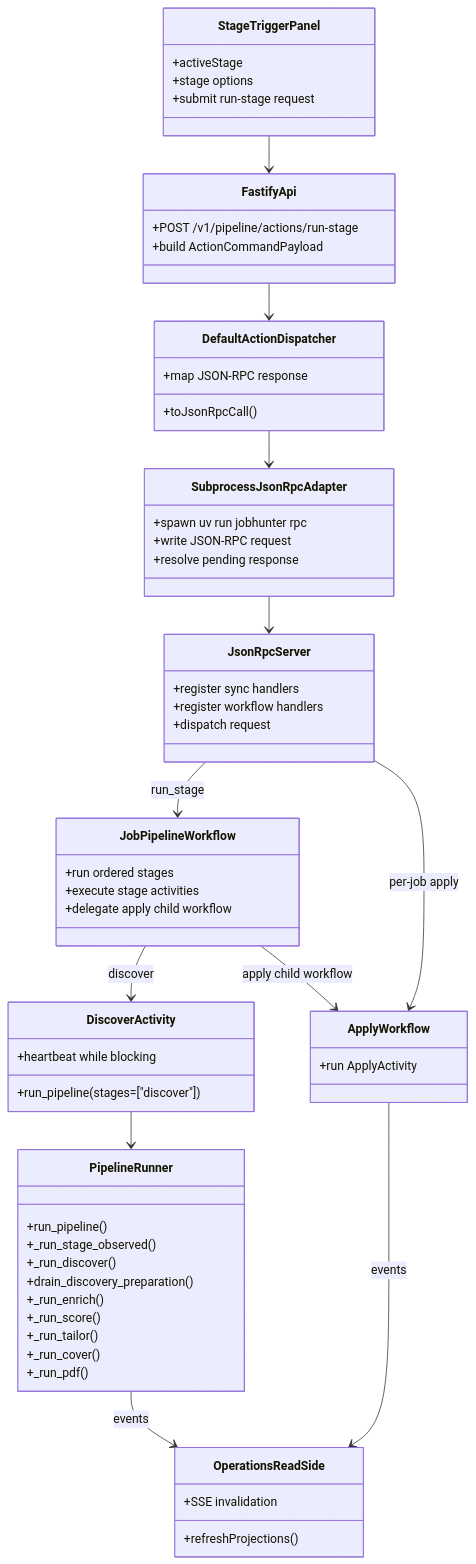
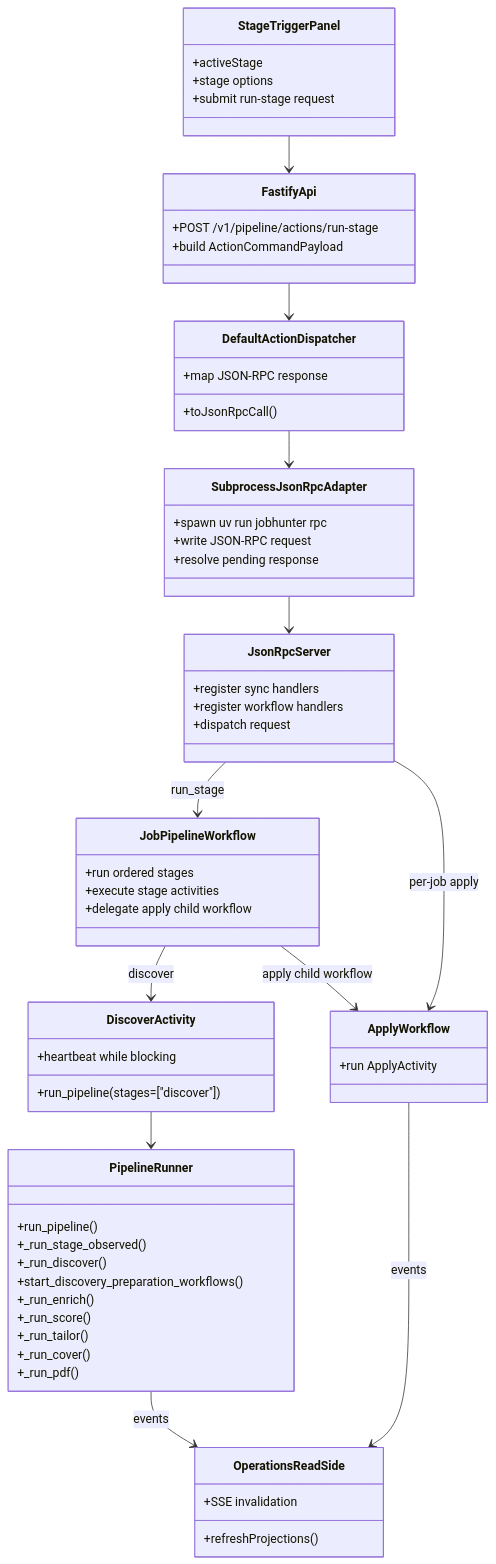
One commit to ebarti/JobCtrl changed the second of 16 diagrams in docs/job-pipeline-architecture.md. Above: the diagram before and after it, drawn with Mermaid. The commit also changed other lines of this file and 22 other files, not shown here.

Commit message:
feat(worker): replace preparation queue with per-job workflows

````diff
--- a/docs/job-pipeline-architecture.md
+++ b/docs/job-pipeline-architecture.md
@@ -133,65 +134,65 @@
 ```mermaid
 classDiagram
     class StageTriggerPanel {
       +activeStage
       +stage options
       +submit run-stage request
     }
     class FastifyApi {
       +POST /v1/pipeline/actions/run-stage
       +build ActionCommandPayload
     }
     class DefaultActionDispatcher {
       +toJsonRpcCall()
       +map JSON-RPC response
     }
     class SubprocessJsonRpcAdapter {
       +spawn uv run jobhunter rpc
       +write JSON-RPC request
       +resolve pending response
     }
     class JsonRpcServer {
       +register sync handlers
       +register workflow handlers
       +dispatch request
     }
     class JobPipelineWorkflow {
       +run ordered stages
       +execute stage activities
       +delegate apply child workflow
     }
     class DiscoverActivity {
       +run_pipeline(stages=["discover"])
       +heartbeat while blocking
     }
     class PipelineRunner {
       +run_pipeline()
       +_run_stage_observed()
       +_run_discover()
-      +drain_discovery_preparation()
+      +start_discovery_preparation_workflows()
       +_run_enrich()
       +_run_score()
       +_run_tailor()
       +_run_cover()
       +_run_pdf()
     }
     class ApplyWorkflow {
       +run ApplyActivity
     }
     class OperationsReadSide {
       +refreshProjections()
       +SSE invalidation
     }
 
     StageTriggerPanel --> FastifyApi
     FastifyApi --> DefaultActionDispatcher
     DefaultActionDispatcher --> SubprocessJsonRpcAdapter
     SubprocessJsonRpcAdapter --> JsonRpcServer
     JsonRpcServer --> JobPipelineWorkflow : run_stage
     JsonRpcServer --> ApplyWorkflow : per-job apply
     JobPipelineWorkflow --> DiscoverActivity : discover
     JobPipelineWorkflow --> ApplyWorkflow : apply child workflow
     DiscoverActivity --> PipelineRunner
     PipelineRunner --> OperationsReadSide : events
     ApplyWorkflow --> OperationsReadSide : events
 ```
````
